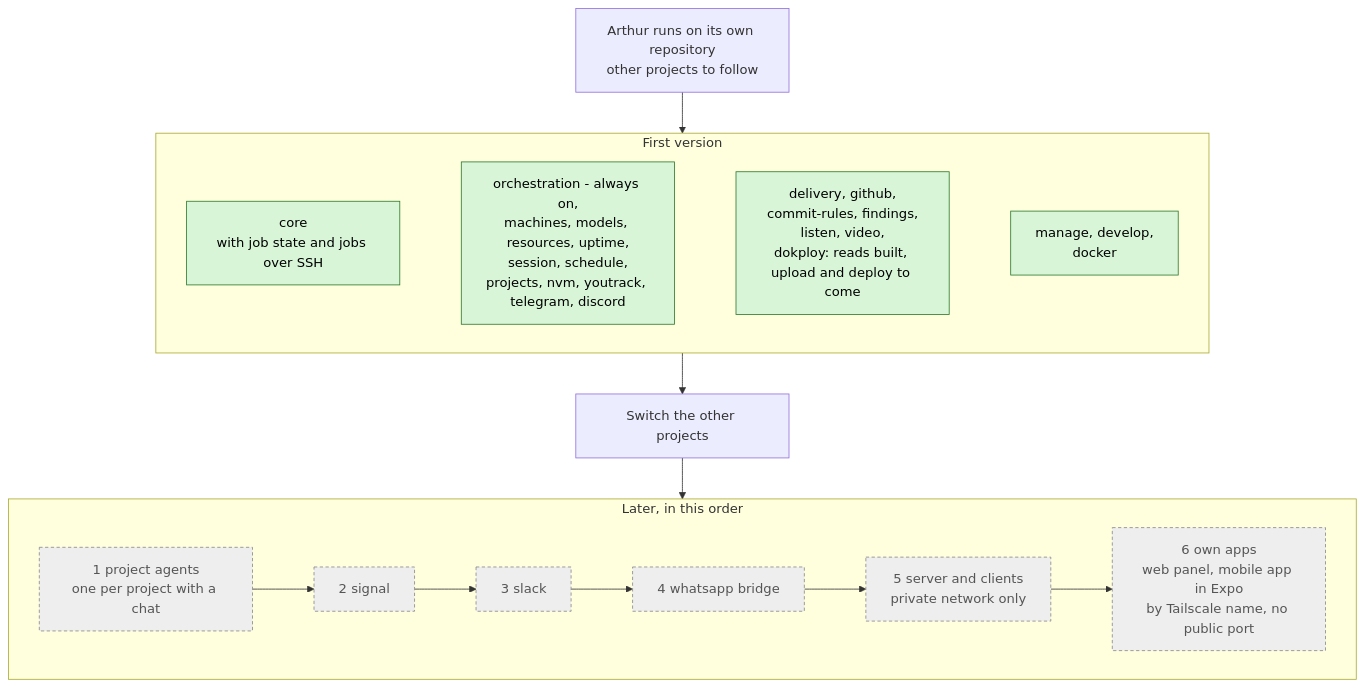
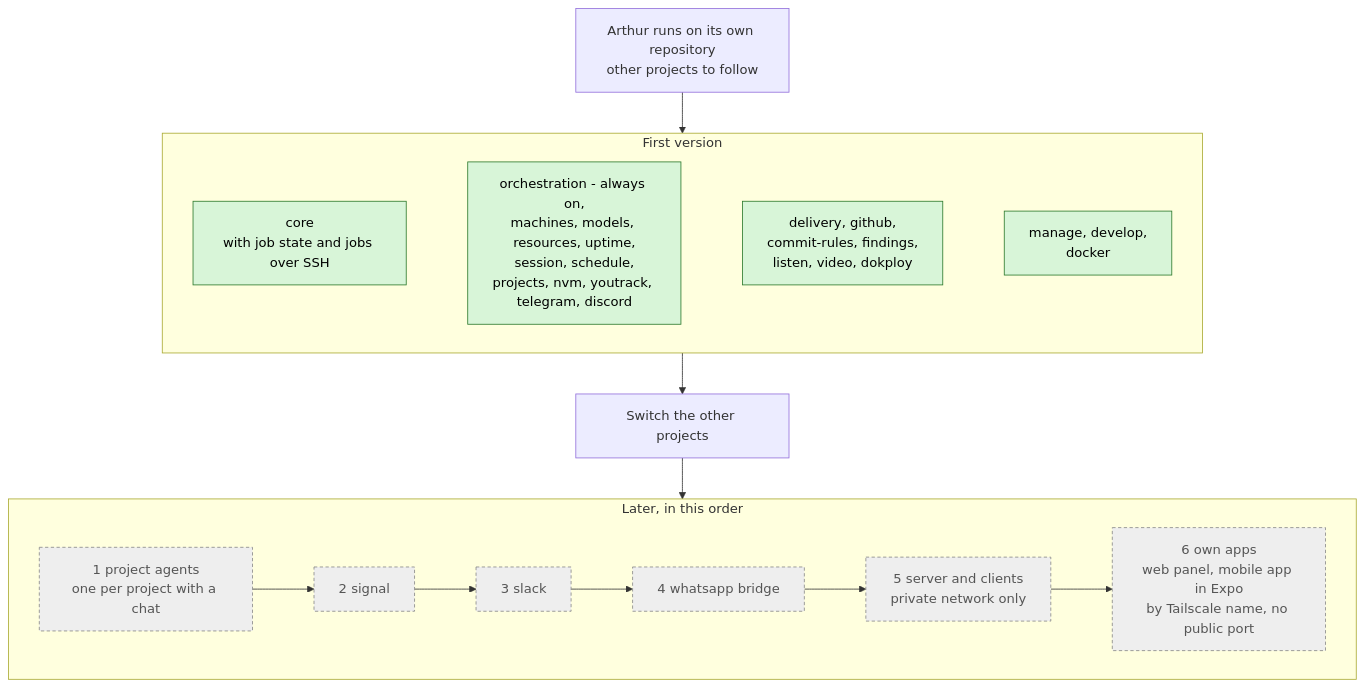
Before and after one commit to kacperadler/arthur: the diagram in docs/architecture/versions.mmd, drawn with Mermaid. The commit also changed 7 other files, not shown here.

Commit message:
docs(AR0603): dokploy upload and deploy in the role, README, roadmap

```diff
--- a/docs/architecture/versions.mmd
+++ b/docs/architecture/versions.mmd
@@ -1,30 +1,30 @@
 %% From the switch (Arthur runs on its own repository since 2026-10-25) to the rest of Arthur's first version and after it. Green = first version, grey dashed = later.
 flowchart TD
   today[Arthur runs on its own repository<br/>other projects to follow]
 
   subgraph V1[First version]
     core[core<br/>with job state and jobs over SSH]
     p1[orchestration - always on,<br/>machines, models, resources, uptime,<br/>session, schedule,<br/>projects, nvm, youtrack, telegram, discord]
-    p2[delivery, github,<br/>commit-rules, findings,<br/>listen, video,<br/>dokploy: reads built, upload and deploy to come]
+    p2[delivery, github,<br/>commit-rules, findings,<br/>listen, video, dokploy]
     p3[manage, develop,<br/>docker]
     core ~~~ p1 ~~~ p2 ~~~ p3
   end
 
   switch2[Switch the other projects]
 
   subgraph V2[Later, in this order]
     agents[1 project agents<br/>one per project with a chat]
     signal[2 signal]
     slack[3 slack]
     whatsapp[4 whatsapp bridge]
     server[5 server and clients<br/>private network only]
     apps[6 own apps<br/>web panel, mobile app in Expo<br/>by Tailscale name, no public port]
     agents --> signal --> slack --> whatsapp --> server --> apps
   end
 
   today --> V1 --> switch2 --> V2
 
   classDef first fill:#d8f5d8,stroke:#2d7a2d,color:#000;
   classDef later fill:#eee,stroke:#888,stroke-dasharray:4 3,color:#555;
   class core,p1,p2,p3 first;
   class agents,signal,slack,whatsapp,server,apps later;
```
